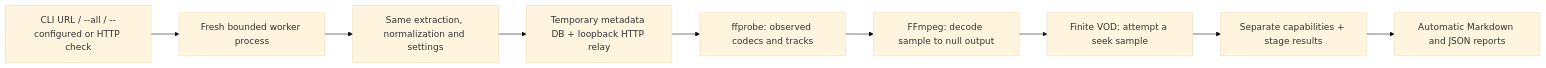
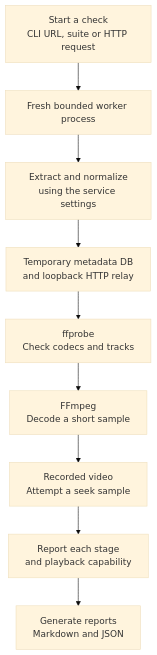
Before and after one commit to bastardsandcheats/rex-youtube: the third of 3 diagrams in docs/ARCHITECTURE.md, drawn with Mermaid (base theme). The commit also changed other lines of this file and 2 other files, not shown here.

Commit message:
docs: make architecture and generated diagrams readable on GitHub

````diff
--- a/docs/ARCHITECTURE.md
+++ b/docs/ARCHITECTURE.md
@@ -78,11 +78,11 @@
 ```mermaid
-flowchart LR
-    input["CLI URL / --all / --configured or HTTP check"] --> child["Fresh bounded worker process"]
-    child --> extraction["Same extraction, normalization and settings"]
-    extraction --> temp["Temporary metadata DB + loopback HTTP relay"]
-    temp --> probe["ffprobe: observed codecs and tracks"]
-    probe --> decode["FFmpeg: decode sample to null output"]
-    decode --> seek["Finite VOD: attempt a seek sample"]
-    seek --> report["Separate capabilities + stage results"]
-    report --> files["Automatic Markdown and JSON reports"]
+flowchart TD
+    input["Start a check<br/>CLI URL, suite or HTTP request"] --> child["Fresh bounded worker process"]
+    child --> extraction["Extract and normalize<br/>using the service settings"]
+    extraction --> temp["Temporary metadata DB<br/>and loopback HTTP relay"]
+    temp --> probe["ffprobe<br/>Check codecs and tracks"]
+    probe --> decode["FFmpeg<br/>Decode a short sample"]
+    decode --> seek["Recorded video<br/>Attempt a seek sample"]
+    seek --> report["Report each stage<br/>and playback capability"]
+    report --> files["Generate reports<br/>Markdown and JSON"]
 ```
````
